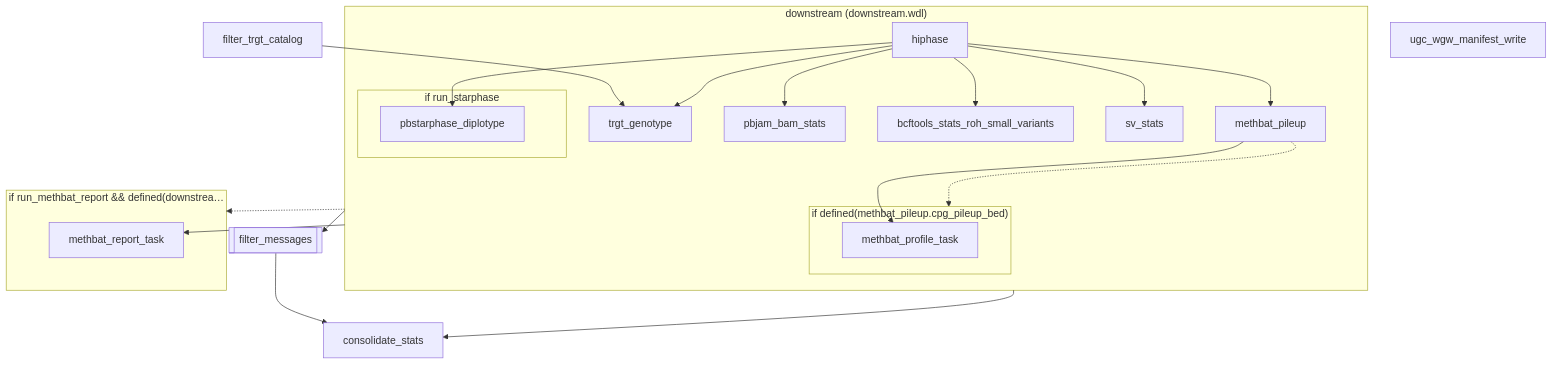
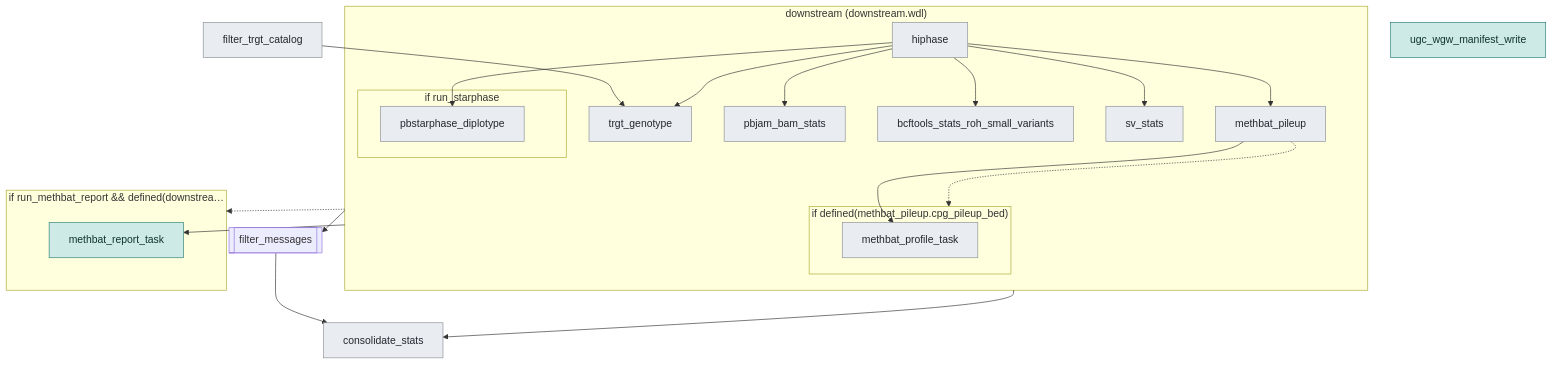
Before and after one commit to UppsalaGenomeCenter/ugc-wgw: the sixth of 13 diagrams in docs/guide/workflow-graphs.md, drawn with Mermaid. The commit also changed other lines of this file and 52 other files, not shown here.

First line of the commit message:
ugc-wgw 0.20.0

````diff
--- a/docs/guide/workflow-graphs.md
+++ b/docs/guide/workflow-graphs.md
@@ -415,38 +426,40 @@
 ```mermaid
 flowchart TD
-  n1["filter_trgt_catalog"]
+  n1["filter_trgt_catalog"]:::u
   subgraph s1["downstream (downstream.wdl)"]
-    n2["hiphase"]
-    n3["trgt_genotype"]
-    n4["pbjam_bam_stats"]
-    n5["bcftools_stats_roh_small_variants"]
-    n6["sv_stats"]
-    n7["methbat_pileup"]
+    n2["hiphase"]:::u
+    n3["trgt_genotype"]:::u
+    n4["pbjam_bam_stats"]:::u
+    n5["bcftools_stats_roh_small_variants"]:::u
+    n6["sv_stats"]:::u
+    n7["methbat_pileup"]:::u
     subgraph s2["if defined(methbat_pileup.cpg_pileup_bed)"]
-      n8["methbat_profile_task"]
+      n8["methbat_profile_task"]:::u
     end
     subgraph s3["if run_starphase"]
-      n9["pbstarphase_diplotype"]
+      n9["pbstarphase_diplotype"]:::u
     end
   end
   subgraph s4["if run_methbat_report #38;#38; defined(downstrea…"]
-    n10["methbat_report_task"]
+    n10["methbat_report_task"]:::o
   end
   n11[["filter_messages"]]
-  n12["consolidate_stats"]
-  n13["ugc_wgw_manifest_write"]
+  n12["consolidate_stats"]:::u
+  n13["ugc_wgw_manifest_write"]:::o
   n1 --> n3
   n2 --> n3
   n2 --> n4
   n2 --> n5
   n2 --> n6
   n2 --> n7
   n2 --> n9
   n7 --> n8
   n7 -.-> s2
   n11 --> n12
   s1 --> n10
   s1 --> n11
   s1 --> n12
   s1 -.-> s4
+  classDef o fill:#cdeae6,stroke:#2a7f77,color:#0f3330
+  classDef u fill:#e9edf1,stroke:#8a8f95,color:#22272e
 ```
````
